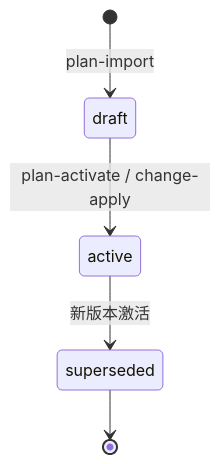
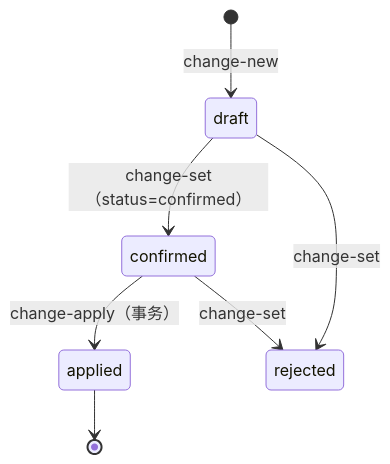
Before and after one commit to gagmandev/DevFlow: the sixth of 10 diagrams in architecture-review/03-lifecycle-and-state-machines.md, drawn with Mermaid. The commit also changed other lines of this file and 9 other files, not shown here.

````diff
--- a/architecture-review/03-lifecycle-and-state-machines.md
+++ b/architecture-review/03-lifecycle-and-state-machines.md
@@ -142,7 +198,9 @@
 ```mermaid
 stateDiagram-v2
-  [*] --> draft: plan-import
-  draft --> active: plan-activate / change-apply
-  active --> superseded: 新版本激活
-  superseded --> [*]
+  [*] --> draft: change-new
+  draft --> confirmed: change-set（status=confirmed）
+  confirmed --> applied: change-apply（事务）
+  draft --> rejected: change-set
+  confirmed --> rejected: change-set
+  applied --> [*]
 ```
````
